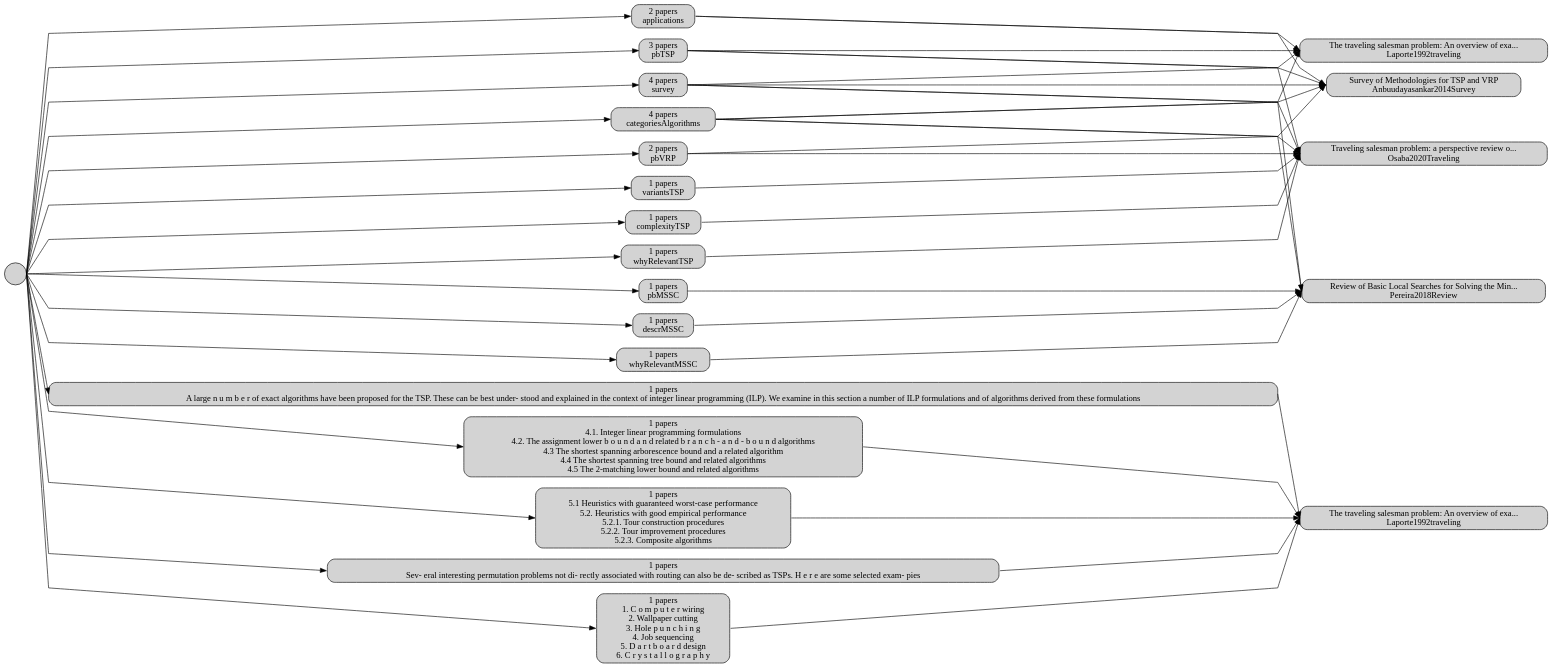
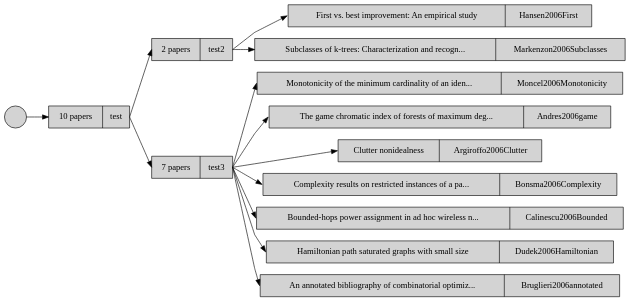
The diagram in backend/graph.dot (Rob174/BibliographyMaker), drawn with Graphviz before and after one commit. The commit also changed 12 other files, not shown here.

```diff
--- a/backend/graph.dot
+++ b/backend/graph.dot
@@ -3,84 +3,31 @@
       rankdir=LR;
       bgcolor=transparent;
       graph [splines=polyline] 
-      node [shape=box, style="rounded,filled"]
+      node [shape=record, style=",filled"]
       "bbbbbbbbbbbbbbbbbbbbbbbbbbbbbbbbb" [label="" id="bbbbbbbbbbbbbbbbbbbbbbbbbbbbbbbbb" shape="circle"]
-"aad7586c9ee684a21931305adacda5fc3" [label="The traveling salesman problem: An overview of exa...\nLaporte1992traveling" id="aad7586c9ee684a21931305adacda5fc3"]
-"ac599b3fb513d470a9d0e6c6266d521d5" [label="Survey of Methodologies for TSP and VRP\nAnbuudayasankar2014Survey" id="ac599b3fb513d470a9d0e6c6266d521d5"]
-"a03e30a6751034caab13515ceec5f0877" [label="Traveling salesman problem: a perspective review o...\nOsaba2020Traveling" id="a03e30a6751034caab13515ceec5f0877"]
-"aa392ce4dda704376bc670ed18c7e73a9" [label="Review of Basic Local Searches for Solving the Min...\nPereira2018Review" id="aa392ce4dda704376bc670ed18c7e73a9"]
-"This survey provides insights on the general approaches to tackle the TSP. IT is especially useful for its detailso n the exact algorithms and to understand the heuristics methods general categories" [label="The traveling salesman problem: An overview of exa...\nLaporte1992traveling" id="This survey provides insights on the general approaches to tackle the TSP. IT is especially useful for its detailso n the exact algorithms and to understand the heuristics methods general categories"]
-"t8caece2952b3483196302421d5a69977" [label="2 papers\napplications" id="t8caece2952b3483196302421d5a69977"]
-"t7671ba04b2cc43948273988f86bf7d8d" [label="4 papers\nsurvey" id="t7671ba04b2cc43948273988f86bf7d8d"]
-"t10af1ab82c1e4b86a0829aea551d591b" [label="4 papers\ncategoriesAlgorithms" id="t10af1ab82c1e4b86a0829aea551d591b"]
-"t07435280bcea4423a8cba89291b22220" [label="3 papers\npbTSP" id="t07435280bcea4423a8cba89291b22220"]
-"t5546e7a031bb464899c011ff5452d597" [label="2 papers\npbVRP" id="t5546e7a031bb464899c011ff5452d597"]
-"te6b7d028f6e84a819affe1c63e06b2fd" [label="1 papers\nvariantsTSP" id="te6b7d028f6e84a819affe1c63e06b2fd"]
-"t6ec03a6493d14df68bae737ae4cbf376" [label="1 papers\ncomplexityTSP" id="t6ec03a6493d14df68bae737ae4cbf376"]
-"t522f8d794721496a98ae4d0d0871b9f3" [label="1 papers\nwhyRelevantTSP" id="t522f8d794721496a98ae4d0d0871b9f3"]
-"t89b113caad5146c9aa897e71a23ad0b3" [label="1 papers\npbMSSC" id="t89b113caad5146c9aa897e71a23ad0b3"]
-"tad0198de57404f7ba4e1fc09f45793db" [label="1 papers\ndescrMSSC" id="tad0198de57404f7ba4e1fc09f45793db"]
-"t938cd1dcfdab4d7d94bae19615481dee" [label="1 papers\nwhyRelevantMSSC" id="t938cd1dcfdab4d7d94bae19615481dee"]
-"tf8023f85836f4417a464ad787151947e" [label="1 papers\nSev- eral interesting permutation problems not di- rectly associated with routing can also be de- scribed as TSPs. H e r e are some selected exam- pies" id="tf8023f85836f4417a464ad787151947e"]
-"t132492b35db44a82a331f2a828e9e78d" [label="1 papers\n1. C o m p u t e r wiring
-2. Wallpaper cutting 
-3. Hole p u n c h i n g
-4. Job sequencing
-5. D a r t b o a r d design
-6. C r y s t a l l o g r a p h y " id="t132492b35db44a82a331f2a828e9e78d"]
-"t6ad3851604de43aaab3d3bed337a0a4c" [label="1 papers\nA large n u m b e r of exact algorithms have been proposed for the TSP. These can be best under- stood and explained in the context of integer linear programming (ILP). We examine in this section a number of ILP formulations and of algorithms derived from these formulations" id="t6ad3851604de43aaab3d3bed337a0a4c"]
-"t7f6946a3a34c404fadb91e197ff74ca0" [label="1 papers\n4.1. Integer linear programming formulations
-4.2. The assignment lower b o u n d a n d related b r a n c h - a n d - b o u n d algorithms
-4.3 The shortest spanning arborescence bound and a related algorithm
-4.4 The shortest spanning tree bound and related algorithms
-4.5 The 2-matching lower bound and related algorithms
-" id="t7f6946a3a34c404fadb91e197ff74ca0"]
-"t225693ce609048c4bf48260813c419c5" [label="1 papers\n5.1 Heuristics with guaranteed worst-case performance
-5.2. Heuristics with good empirical performance
-5.2.1. Tour construction procedures
-5.2.2. Tour improvement procedures
-5.2.3. Composite algorithms" id="t225693ce609048c4bf48260813c419c5"]
-      "bbbbbbbbbbbbbbbbbbbbbbbbbbbbbbbbb":w -> "t8caece2952b3483196302421d5a69977" [dir="forward" tailport="e" headport="w" id="bbbbbbbbbbbbbbbbbbbbbbbbbbbbbbbbb_t8caece2952b3483196302421d5a69977"]
-"bbbbbbbbbbbbbbbbbbbbbbbbbbbbbbbbb":w -> "t7671ba04b2cc43948273988f86bf7d8d" [dir="forward" tailport="e" headport="w" id="bbbbbbbbbbbbbbbbbbbbbbbbbbbbbbbbb_t7671ba04b2cc43948273988f86bf7d8d"]
-"bbbbbbbbbbbbbbbbbbbbbbbbbbbbbbbbb":w -> "t10af1ab82c1e4b86a0829aea551d591b" [dir="forward" tailport="e" headport="w" id="bbbbbbbbbbbbbbbbbbbbbbbbbbbbbbbbb_t10af1ab82c1e4b86a0829aea551d591b"]
-"bbbbbbbbbbbbbbbbbbbbbbbbbbbbbbbbb":w -> "t07435280bcea4423a8cba89291b22220" [dir="forward" tailport="e" headport="w" id="bbbbbbbbbbbbbbbbbbbbbbbbbbbbbbbbb_t07435280bcea4423a8cba89291b22220"]
-"bbbbbbbbbbbbbbbbbbbbbbbbbbbbbbbbb":w -> "t5546e7a031bb464899c011ff5452d597" [dir="forward" tailport="e" headport="w" id="bbbbbbbbbbbbbbbbbbbbbbbbbbbbbbbbb_t5546e7a031bb464899c011ff5452d597"]
-"bbbbbbbbbbbbbbbbbbbbbbbbbbbbbbbbb":w -> "te6b7d028f6e84a819affe1c63e06b2fd" [dir="forward" tailport="e" headport="w" id="bbbbbbbbbbbbbbbbbbbbbbbbbbbbbbbbb_te6b7d028f6e84a819affe1c63e06b2fd"]
-"bbbbbbbbbbbbbbbbbbbbbbbbbbbbbbbbb":w -> "t6ec03a6493d14df68bae737ae4cbf376" [dir="forward" tailport="e" headport="w" id="bbbbbbbbbbbbbbbbbbbbbbbbbbbbbbbbb_t6ec03a6493d14df68bae737ae4cbf376"]
-"bbbbbbbbbbbbbbbbbbbbbbbbbbbbbbbbb":w -> "t522f8d794721496a98ae4d0d0871b9f3" [dir="forward" tailport="e" headport="w" id="bbbbbbbbbbbbbbbbbbbbbbbbbbbbbbbbb_t522f8d794721496a98ae4d0d0871b9f3"]
-"bbbbbbbbbbbbbbbbbbbbbbbbbbbbbbbbb":w -> "t89b113caad5146c9aa897e71a23ad0b3" [dir="forward" tailport="e" headport="w" id="bbbbbbbbbbbbbbbbbbbbbbbbbbbbbbbbb_t89b113caad5146c9aa897e71a23ad0b3"]
-"bbbbbbbbbbbbbbbbbbbbbbbbbbbbbbbbb":w -> "tad0198de57404f7ba4e1fc09f45793db" [dir="forward" tailport="e" headport="w" id="bbbbbbbbbbbbbbbbbbbbbbbbbbbbbbbbb_tad0198de57404f7ba4e1fc09f45793db"]
-"bbbbbbbbbbbbbbbbbbbbbbbbbbbbbbbbb":w -> "t938cd1dcfdab4d7d94bae19615481dee" [dir="forward" tailport="e" headport="w" id="bbbbbbbbbbbbbbbbbbbbbbbbbbbbbbbbb_t938cd1dcfdab4d7d94bae19615481dee"]
-"bbbbbbbbbbbbbbbbbbbbbbbbbbbbbbbbb":w -> "tf8023f85836f4417a464ad787151947e" [dir="forward" tailport="e" headport="w" id="bbbbbbbbbbbbbbbbbbbbbbbbbbbbbbbbb_tf8023f85836f4417a464ad787151947e"]
-"bbbbbbbbbbbbbbbbbbbbbbbbbbbbbbbbb":w -> "t132492b35db44a82a331f2a828e9e78d" [dir="forward" tailport="e" headport="w" id="bbbbbbbbbbbbbbbbbbbbbbbbbbbbbbbbb_t132492b35db44a82a331f2a828e9e78d"]
-"bbbbbbbbbbbbbbbbbbbbbbbbbbbbbbbbb":w -> "t6ad3851604de43aaab3d3bed337a0a4c" [dir="forward" tailport="e" headport="w" id="bbbbbbbbbbbbbbbbbbbbbbbbbbbbbbbbb_t6ad3851604de43aaab3d3bed337a0a4c"]
-"bbbbbbbbbbbbbbbbbbbbbbbbbbbbbbbbb":w -> "t7f6946a3a34c404fadb91e197ff74ca0" [dir="forward" tailport="e" headport="w" id="bbbbbbbbbbbbbbbbbbbbbbbbbbbbbbbbb_t7f6946a3a34c404fadb91e197ff74ca0"]
-"bbbbbbbbbbbbbbbbbbbbbbbbbbbbbbbbb":w -> "t225693ce609048c4bf48260813c419c5" [dir="forward" tailport="e" headport="w" id="bbbbbbbbbbbbbbbbbbbbbbbbbbbbbbbbb_t225693ce609048c4bf48260813c419c5"]
-"t8caece2952b3483196302421d5a69977":w -> "aad7586c9ee684a21931305adacda5fc3" [dir="forward" tailport="e" headport="w" id="t8caece2952b3483196302421d5a69977_aad7586c9ee684a21931305adacda5fc3"]
-"t8caece2952b3483196302421d5a69977":w -> "ac599b3fb513d470a9d0e6c6266d521d5" [dir="forward" tailport="e" headport="w" id="t8caece2952b3483196302421d5a69977_ac599b3fb513d470a9d0e6c6266d521d5"]
-"t7671ba04b2cc43948273988f86bf7d8d":w -> "aad7586c9ee684a21931305adacda5fc3" [dir="forward" tailport="e" headport="w" id="t7671ba04b2cc43948273988f86bf7d8d_aad7586c9ee684a21931305adacda5fc3"]
-"t7671ba04b2cc43948273988f86bf7d8d":w -> "ac599b3fb513d470a9d0e6c6266d521d5" [dir="forward" tailport="e" headport="w" id="t7671ba04b2cc43948273988f86bf7d8d_ac599b3fb513d470a9d0e6c6266d521d5"]
-"t7671ba04b2cc43948273988f86bf7d8d":w -> "a03e30a6751034caab13515ceec5f0877" [dir="forward" tailport="e" headport="w" id="t7671ba04b2cc43948273988f86bf7d8d_a03e30a6751034caab13515ceec5f0877"]
-"t7671ba04b2cc43948273988f86bf7d8d":w -> "aa392ce4dda704376bc670ed18c7e73a9" [dir="forward" tailport="e" headport="w" id="t7671ba04b2cc43948273988f86bf7d8d_aa392ce4dda704376bc670ed18c7e73a9"]
-"t10af1ab82c1e4b86a0829aea551d591b":w -> "aad7586c9ee684a21931305adacda5fc3" [dir="forward" tailport="e" headport="w" id="t10af1ab82c1e4b86a0829aea551d591b_aad7586c9ee684a21931305adacda5fc3"]
-"t10af1ab82c1e4b86a0829aea551d591b":w -> "ac599b3fb513d470a9d0e6c6266d521d5" [dir="forward" tailport="e" headport="w" id="t10af1ab82c1e4b86a0829aea551d591b_ac599b3fb513d470a9d0e6c6266d521d5"]
-"t10af1ab82c1e4b86a0829aea551d591b":w -> "a03e30a6751034caab13515ceec5f0877" [dir="forward" tailport="e" headport="w" id="t10af1ab82c1e4b86a0829aea551d591b_a03e30a6751034caab13515ceec5f0877"]
-"t10af1ab82c1e4b86a0829aea551d591b":w -> "aa392ce4dda704376bc670ed18c7e73a9" [dir="forward" tailport="e" headport="w" id="t10af1ab82c1e4b86a0829aea551d591b_aa392ce4dda704376bc670ed18c7e73a9"]
-"t07435280bcea4423a8cba89291b22220":w -> "aad7586c9ee684a21931305adacda5fc3" [dir="forward" tailport="e" headport="w" id="t07435280bcea4423a8cba89291b22220_aad7586c9ee684a21931305adacda5fc3"]
-"t07435280bcea4423a8cba89291b22220":w -> "ac599b3fb513d470a9d0e6c6266d521d5" [dir="forward" tailport="e" headport="w" id="t07435280bcea4423a8cba89291b22220_ac599b3fb513d470a9d0e6c6266d521d5"]
-"t07435280bcea4423a8cba89291b22220":w -> "a03e30a6751034caab13515ceec5f0877" [dir="forward" tailport="e" headport="w" id="t07435280bcea4423a8cba89291b22220_a03e30a6751034caab13515ceec5f0877"]
-"t5546e7a031bb464899c011ff5452d597":w -> "ac599b3fb513d470a9d0e6c6266d521d5" [dir="forward" tailport="e" headport="w" id="t5546e7a031bb464899c011ff5452d597_ac599b3fb513d470a9d0e6c6266d521d5"]
-"t5546e7a031bb464899c011ff5452d597":w -> "a03e30a6751034caab13515ceec5f0877" [dir="forward" tailport="e" headport="w" id="t5546e7a031bb464899c011ff5452d597_a03e30a6751034caab13515ceec5f0877"]
-"te6b7d028f6e84a819affe1c63e06b2fd":w -> "a03e30a6751034caab13515ceec5f0877" [dir="forward" tailport="e" headport="w" id="te6b7d028f6e84a819affe1c63e06b2fd_a03e30a6751034caab13515ceec5f0877"]
-"t6ec03a6493d14df68bae737ae4cbf376":w -> "a03e30a6751034caab13515ceec5f0877" [dir="forward" tailport="e" headport="w" id="t6ec03a6493d14df68bae737ae4cbf376_a03e30a6751034caab13515ceec5f0877"]
-"t522f8d794721496a98ae4d0d0871b9f3":w -> "a03e30a6751034caab13515ceec5f0877" [dir="forward" tailport="e" headport="w" id="t522f8d794721496a98ae4d0d0871b9f3_a03e30a6751034caab13515ceec5f0877"]
-"t89b113caad5146c9aa897e71a23ad0b3":w -> "aa392ce4dda704376bc670ed18c7e73a9" [dir="forward" tailport="e" headport="w" id="t89b113caad5146c9aa897e71a23ad0b3_aa392ce4dda704376bc670ed18c7e73a9"]
-"tad0198de57404f7ba4e1fc09f45793db":w -> "aa392ce4dda704376bc670ed18c7e73a9" [dir="forward" tailport="e" headport="w" id="tad0198de57404f7ba4e1fc09f45793db_aa392ce4dda704376bc670ed18c7e73a9"]
-"t938cd1dcfdab4d7d94bae19615481dee":w -> "aa392ce4dda704376bc670ed18c7e73a9" [dir="forward" tailport="e" headport="w" id="t938cd1dcfdab4d7d94bae19615481dee_aa392ce4dda704376bc670ed18c7e73a9"]
-"tf8023f85836f4417a464ad787151947e":w -> "This survey provides insights on the general approaches to tackle the TSP. IT is especially useful for its detailso n the exact algorithms and to understand the heuristics methods general categories" [dir="forward" tailport="e" headport="w" id="tf8023f85836f4417a464ad787151947e_This survey provides insights on the general approaches to tackle the TSP. IT is especially useful for its detailso n the exact algorithms and to understand the heuristics methods general categories"]
-"t132492b35db44a82a331f2a828e9e78d":w -> "This survey provides insights on the general approaches to tackle the TSP. IT is especially useful for its detailso n the exact algorithms and to understand the heuristics methods general categories" [dir="forward" tailport="e" headport="w" id="t132492b35db44a82a331f2a828e9e78d_This survey provides insights on the general approaches to tackle the TSP. IT is especially useful for its detailso n the exact algorithms and to understand the heuristics methods general categories"]
-"t6ad3851604de43aaab3d3bed337a0a4c":w -> "This survey provides insights on the general approaches to tackle the TSP. IT is especially useful for its detailso n the exact algorithms and to understand the heuristics methods general categories" [dir="forward" tailport="e" headport="w" id="t6ad3851604de43aaab3d3bed337a0a4c_This survey provides insights on the general approaches to tackle the TSP. IT is especially useful for its detailso n the exact algorithms and to understand the heuristics methods general categories"]
-"t7f6946a3a34c404fadb91e197ff74ca0":w -> "This survey provides insights on the general approaches to tackle the TSP. IT is especially useful for its detailso n the exact algorithms and to understand the heuristics methods general categories" [dir="forward" tailport="e" headport="w" id="t7f6946a3a34c404fadb91e197ff74ca0_This survey provides insights on the general approaches to tackle the TSP. IT is especially useful for its detailso n the exact algorithms and to understand the heuristics methods general categories"]
-"t225693ce609048c4bf48260813c419c5":w -> "This survey provides insights on the general approaches to tackle the TSP. IT is especially useful for its detailso n the exact algorithms and to understand the heuristics methods general categories" [dir="forward" tailport="e" headport="w" id="t225693ce609048c4bf48260813c419c5_This survey provides insights on the general approaches to tackle the TSP. IT is especially useful for its detailso n the exact algorithms and to understand the heuristics methods general categories"]
-      {rank=same; "aad7586c9ee684a21931305adacda5fc3" "ac599b3fb513d470a9d0e6c6266d521d5" "a03e30a6751034caab13515ceec5f0877" "aa392ce4dda704376bc670ed18c7e73a9" "This survey provides insights on the general approaches to tackle the TSP. IT is especially useful for its detailso n the exact algorithms and to understand the heuristics methods general categories";}
+"a377e826e43a14e3aaf81f673fb27e960" [label="{10 papers|test}" id="a377e826e43a14e3aaf81f673fb27e960"]
+"ae45a517e1fef41abbfdbccfc12f68ed0" [label="{2 papers|test2}" id="ae45a517e1fef41abbfdbccfc12f68ed0"]
+"a83f19fc2f66f43acab71b6e7660d09a1" [label="{7 papers|test3}" id="a83f19fc2f66f43acab71b6e7660d09a1"]
+"af8326c6872c24a99a2565c1a8bc5dec5" [label="{First vs. best improvement: An empirical study|Hansen2006First}" id="af8326c6872c24a99a2565c1a8bc5dec5"]
+"a587b5199d77b4479ab2030ba474edf53" [label="{Subclasses of k-trees: Characterization and recogn...|Markenzon2006Subclasses}" id="a587b5199d77b4479ab2030ba474edf53"]
+"ab5a5f1189dd24874bfc586ca85d79c8d" [label="{Monotonicity of the minimum cardinality of an iden...|Moncel2006Monotonicity}" id="ab5a5f1189dd24874bfc586ca85d79c8d"]
+"a73bb3172ce3b40fcb60984e0b18233d0" [label="{The game chromatic index of forests of maximum deg...|Andres2006game}" id="a73bb3172ce3b40fcb60984e0b18233d0"]
+"a9e41916230274a5fb2bdd2abaca86a75" [label="{Clutter nonidealness|Argiroffo2006Clutter}" id="a9e41916230274a5fb2bdd2abaca86a75"]
+"a3114cdd71d71449183322a2aeadabac9" [label="{Complexity results on restricted instances of a pa...|Bonsma2006Complexity}" id="a3114cdd71d71449183322a2aeadabac9"]
+"aaac380fd7bf54f27a1676c3acb429d30" [label="{Bounded-hops power assignment in ad hoc wireless n...|Calinescu2006Bounded}" id="aaac380fd7bf54f27a1676c3acb429d30"]
+"a087eedffd43c490b9cb98ee8fd4a17f6" [label="{Hamiltonian path saturated graphs with small size|Dudek2006Hamiltonian}" id="a087eedffd43c490b9cb98ee8fd4a17f6"]
+"a1b947257b67f4d09b70b283fbb7f9d1e" [label="{An annotated bibliography of combinatorial optimiz...|Bruglieri2006annotated}" id="a1b947257b67f4d09b70b283fbb7f9d1e"]
+      "bbbbbbbbbbbbbbbbbbbbbbbbbbbbbbbbb":w -> "a377e826e43a14e3aaf81f673fb27e960" [dir="forward" tailport="e" headport="w" id="bbbbbbbbbbbbbbbbbbbbbbbbbbbbbbbbb_a377e826e43a14e3aaf81f673fb27e960"]
+"a377e826e43a14e3aaf81f673fb27e960":w -> "ae45a517e1fef41abbfdbccfc12f68ed0" [dir="forward" tailport="e" headport="w" id="a377e826e43a14e3aaf81f673fb27e960_ae45a517e1fef41abbfdbccfc12f68ed0"]
+"a377e826e43a14e3aaf81f673fb27e960":w -> "a83f19fc2f66f43acab71b6e7660d09a1" [dir="forward" tailport="e" headport="w" id="a377e826e43a14e3aaf81f673fb27e960_a83f19fc2f66f43acab71b6e7660d09a1"]
+"ae45a517e1fef41abbfdbccfc12f68ed0":w -> "af8326c6872c24a99a2565c1a8bc5dec5" [dir="forward" tailport="e" headport="w" id="ae45a517e1fef41abbfdbccfc12f68ed0_af8326c6872c24a99a2565c1a8bc5dec5"]
+"ae45a517e1fef41abbfdbccfc12f68ed0":w -> "a587b5199d77b4479ab2030ba474edf53" [dir="forward" tailport="e" headport="w" id="ae45a517e1fef41abbfdbccfc12f68ed0_a587b5199d77b4479ab2030ba474edf53"]
+"a83f19fc2f66f43acab71b6e7660d09a1":w -> "ab5a5f1189dd24874bfc586ca85d79c8d" [dir="forward" tailport="e" headport="w" id="a83f19fc2f66f43acab71b6e7660d09a1_ab5a5f1189dd24874bfc586ca85d79c8d"]
+"a83f19fc2f66f43acab71b6e7660d09a1":w -> "a73bb3172ce3b40fcb60984e0b18233d0" [dir="forward" tailport="e" headport="w" id="a83f19fc2f66f43acab71b6e7660d09a1_a73bb3172ce3b40fcb60984e0b18233d0"]
+"a83f19fc2f66f43acab71b6e7660d09a1":w -> "a9e41916230274a5fb2bdd2abaca86a75" [dir="forward" tailport="e" headport="w" id="a83f19fc2f66f43acab71b6e7660d09a1_a9e41916230274a5fb2bdd2abaca86a75"]
+"a83f19fc2f66f43acab71b6e7660d09a1":w -> "a3114cdd71d71449183322a2aeadabac9" [dir="forward" tailport="e" headport="w" id="a83f19fc2f66f43acab71b6e7660d09a1_a3114cdd71d71449183322a2aeadabac9"]
+"a83f19fc2f66f43acab71b6e7660d09a1":w -> "aaac380fd7bf54f27a1676c3acb429d30" [dir="forward" tailport="e" headport="w" id="a83f19fc2f66f43acab71b6e7660d09a1_aaac380fd7bf54f27a1676c3acb429d30"]
+"a83f19fc2f66f43acab71b6e7660d09a1":w -> "a087eedffd43c490b9cb98ee8fd4a17f6" [dir="forward" tailport="e" headport="w" id="a83f19fc2f66f43acab71b6e7660d09a1_a087eedffd43c490b9cb98ee8fd4a17f6"]
+"a83f19fc2f66f43acab71b6e7660d09a1":w -> "a1b947257b67f4d09b70b283fbb7f9d1e" [dir="forward" tailport="e" headport="w" id="a83f19fc2f66f43acab71b6e7660d09a1_a1b947257b67f4d09b70b283fbb7f9d1e"]
+      {rank=same; "af8326c6872c24a99a2565c1a8bc5dec5" "a587b5199d77b4479ab2030ba474edf53" "ab5a5f1189dd24874bfc586ca85d79c8d" "a73bb3172ce3b40fcb60984e0b18233d0" "a9e41916230274a5fb2bdd2abaca86a75" "a3114cdd71d71449183322a2aeadabac9" "aaac380fd7bf54f27a1676c3acb429d30" "a087eedffd43c490b9cb98ee8fd4a17f6" "a1b947257b67f4d09b70b283fbb7f9d1e";}
     }
```
